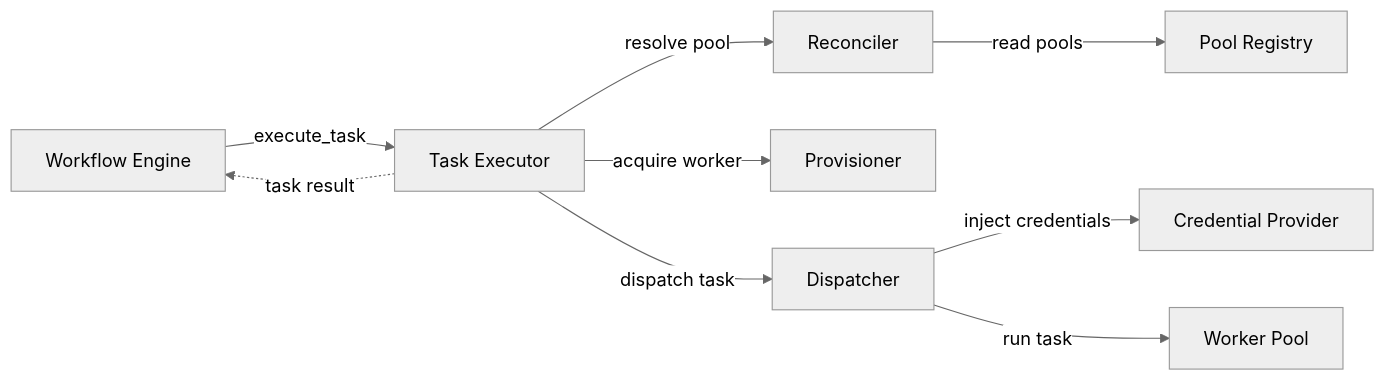
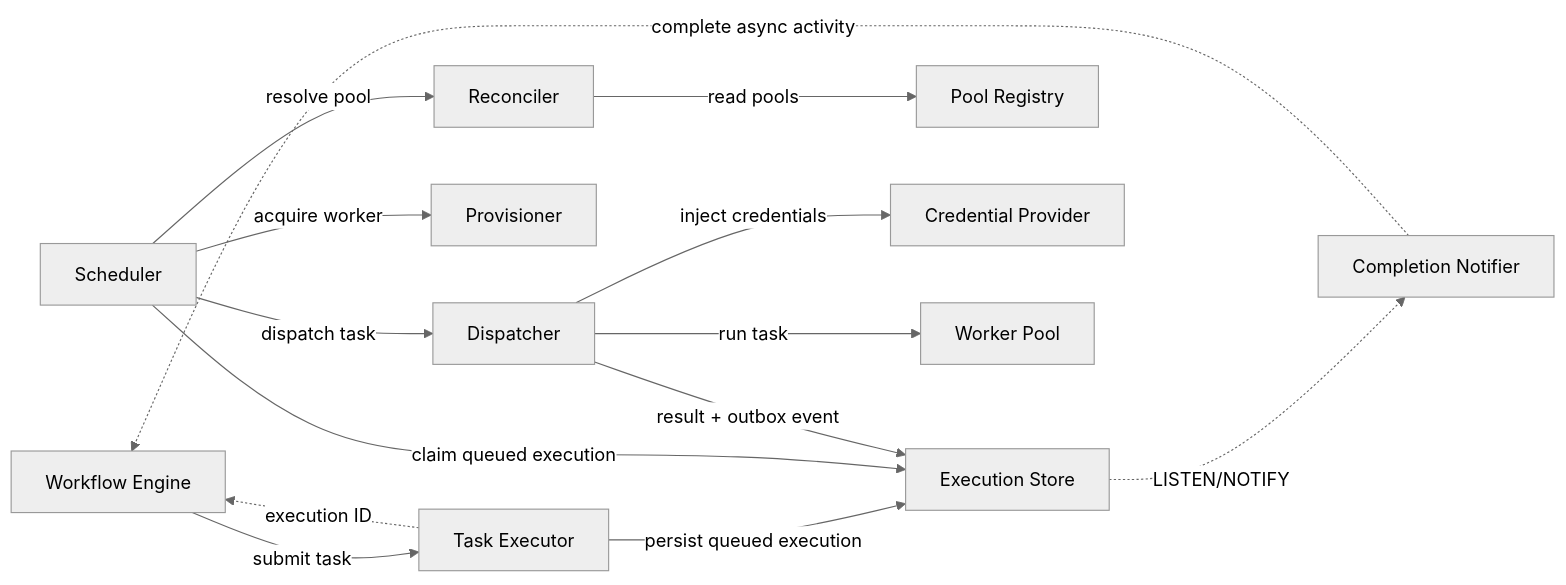
Before and after one commit to manstis/syntara: the first of 16 diagrams in backend/docs/execution-plane.md, drawn with Mermaid (neutral theme). The commit also changed other lines of this file, not shown here.

````diff
--- a/backend/docs/execution-plane.md
+++ b/backend/docs/execution-plane.md
@@ -13,11 +13,16 @@
 ```mermaid
 graph LR
-    WE["Workflow Engine"] -->|"execute_task"| TE["Task Executor"]
-    TE -->|"resolve pool"| R["Reconciler"]
+    WE["Workflow Engine"] -->|"submit task"| TE["Task Executor"]
+    TE -->|"persist queued execution"| ES["Execution Store"]
+    TE -.->|"execution ID"| WE
+    S["Scheduler"] -->|"claim queued execution"| ES
+    S -->|"resolve pool"| R["Reconciler"]
     R -->|"read pools"| PR["Pool Registry"]
-    TE -->|"acquire worker"| P["Provisioner"]
-    TE -->|"dispatch task"| D["Dispatcher"]
+    S -->|"acquire worker"| P["Provisioner"]
+    S -->|"dispatch task"| D["Dispatcher"]
     D -->|"inject credentials"| CP["Credential Provider"]
     D -->|"run task"| W["Worker Pool"]
-    TE -.->|"task result"| WE
+    D -->|"result + outbox event"| ES
+    ES -.->|"LISTEN/NOTIFY"| CN["Completion Notifier"]
+    CN -.->|"complete async activity"| WE
 ```
````
